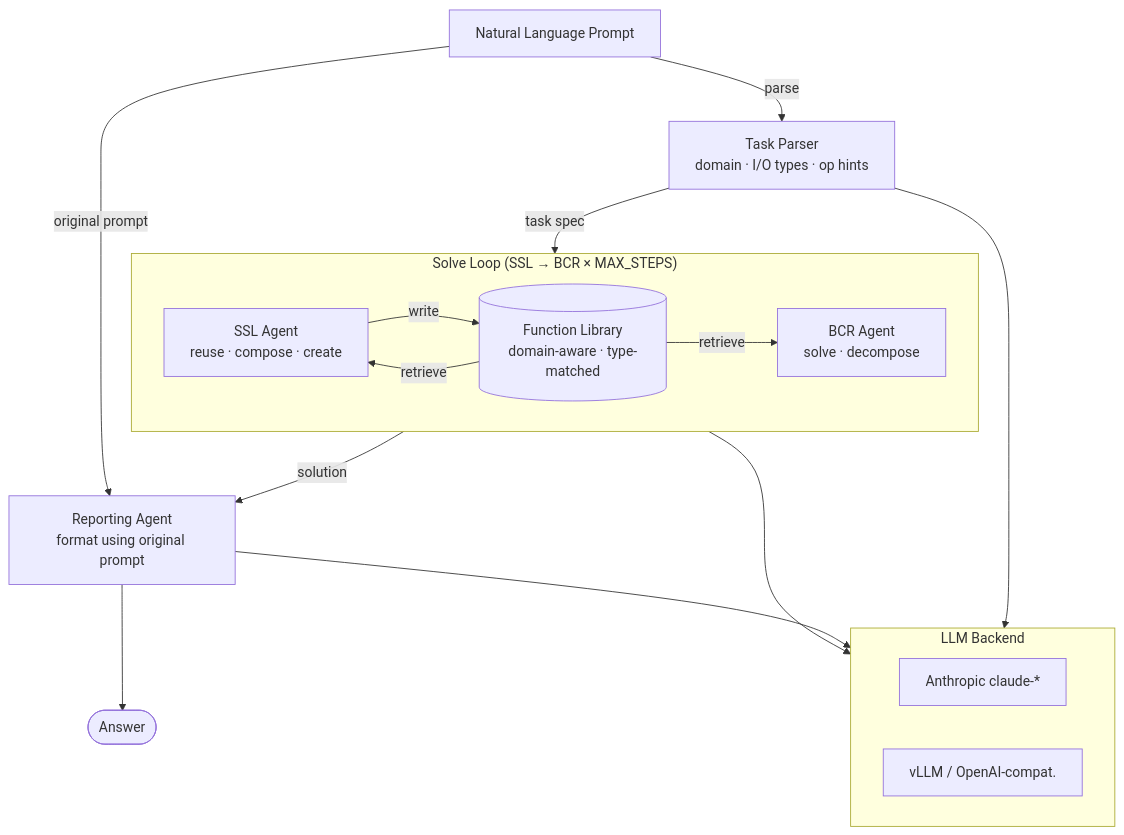
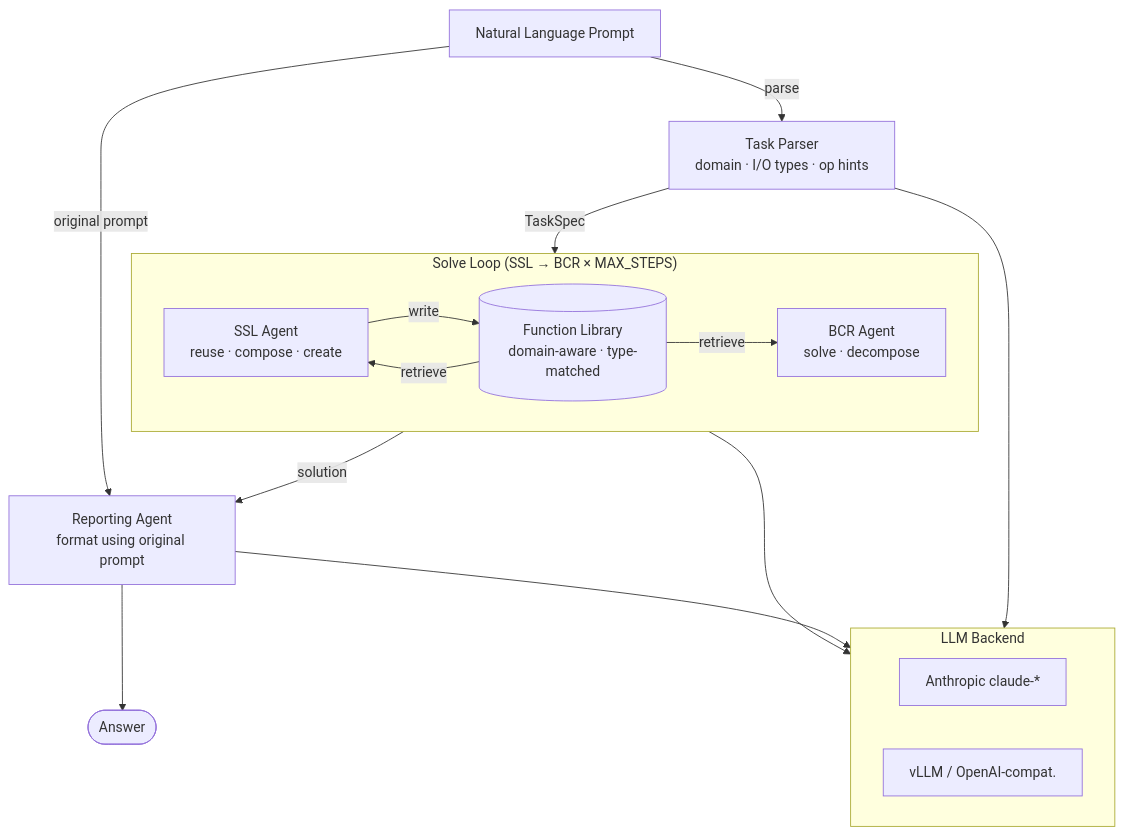
Before and after one commit to cmu-llab/ReaComp: the diagram in README.md, drawn with Mermaid. The commit also changed other lines of this file and 9 other files, not shown here.

````diff
--- a/README.md
+++ b/README.md
@@ -13,32 +9,32 @@
 ```mermaid
 flowchart TD
     NL["Natural Language Prompt"]
 
-    NL -->|"parse"| PARSE["Task Parser\ndomain · I/O types · op hints"]
-    NL -->|"original prompt"| RPT
+    NL -->|parse| PARSE["Task Parser\ndomain · I/O types · op hints"]
+    NL -->|original prompt| RPT
 
-    PARSE -->|"task spec"| LOOP
+    PARSE -->|TaskSpec| LOOP
 
     subgraph LOOP["Solve Loop  (SSL → BCR × MAX_STEPS)"]
         direction LR
         SSL["SSL Agent\nreuse · compose · create"]
         BCR["BCR Agent\nsolve · decompose"]
-        SSL -->|"write"| LIB[("Function Library\ndomain-aware · type-matched")]
-        LIB -->|"retrieve"| SSL
-        LIB -->|"retrieve"| BCR
+        SSL -->|write| LIB[("Function Library\ndomain-aware · type-matched")]
+        LIB -->|retrieve| SSL
+        LIB -->|retrieve| BCR
     end
 
-    LOOP -->|"solution"| RPT
+    LOOP -->|solution| RPT
     RPT["Reporting Agent\nformat using original prompt"]
     RPT --> ANS(["Answer"])
 
     LOOP --> LLM
     RPT --> LLM
     PARSE --> LLM
 
     subgraph LLM["LLM Backend"]
         direction LR
         ANT["Anthropic claude-*"]
         OAI["vLLM / OpenAI-compat."]
     end
 ```
````
